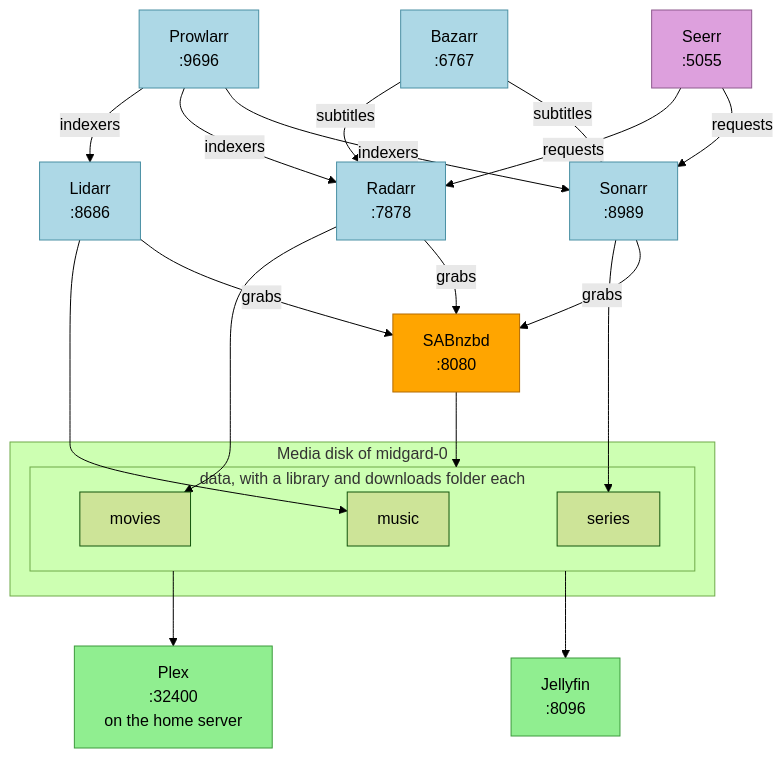
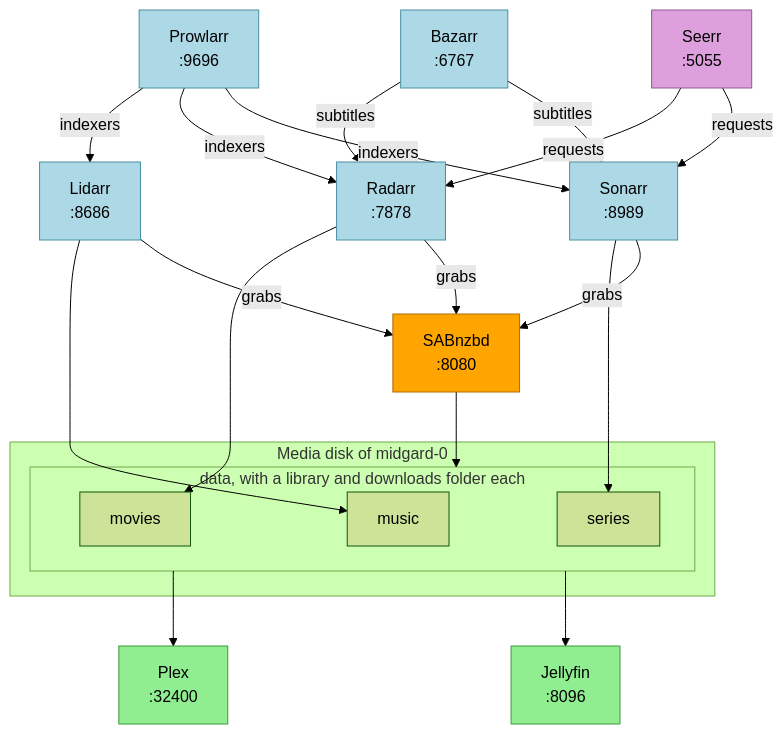
Before and after one commit to davydehaas98/homelab: the diagram in docs/diagrams/media-stack.mmd, drawn with Mermaid (forest theme). The commit also changed 5 other files, not shown here.

```diff
--- a/docs/diagrams/media-stack.mmd
+++ b/docs/diagrams/media-stack.mmd
@@ -1,50 +1,50 @@
 flowchart TB
     prowlarr["Prowlarr<br/>:9696"]
     bazarr["Bazarr<br/>:6767"]
     seerr["Seerr<br/>:5055"]
 
     lidarr["Lidarr<br/>:8686"]
     sonarr["Sonarr<br/>:8989"]
     radarr["Radarr<br/>:7878"]
 
     sab["SABnzbd<br/>:8080"]
 
     subgraph storage["Media disk of midgard-0"]
         subgraph media["data, with a library and downloads folder each"]
             music[music]
             series[series]
             movies[movies]
         end
     end
 
     jellyfin["Jellyfin<br/>:8096"]
-    plex["Plex<br/>:32400<br/>on the home server"]
+    plex["Plex<br/>:32400"]
 
     seerr -->|requests| sonarr
     seerr -->|requests| radarr
     prowlarr -->|indexers| sonarr
     prowlarr -->|indexers| radarr
     prowlarr -->|indexers| lidarr
     bazarr -->|subtitles| sonarr
     bazarr -->|subtitles| radarr
 
     sonarr -->|grabs| sab
     radarr -->|grabs| sab
     lidarr -->|grabs| sab
     sab --> media
 
     sonarr --> series
     radarr --> movies
     lidarr --> music
 
     media --> jellyfin
     media --> plex
 
     classDef manager fill:#add8e6,stroke:#4a90a4,color:#000
     classDef downloader fill:#ffa500,stroke:#b36b00,color:#000
     classDef streamer fill:#90ee90,stroke:#3c9a3c,color:#000
     classDef request fill:#dda0dd,stroke:#8e5a8e,color:#000
     class prowlarr,bazarr,sonarr,radarr,lidarr manager
     class sab downloader
     class jellyfin,plex streamer
     class seerr request
```
